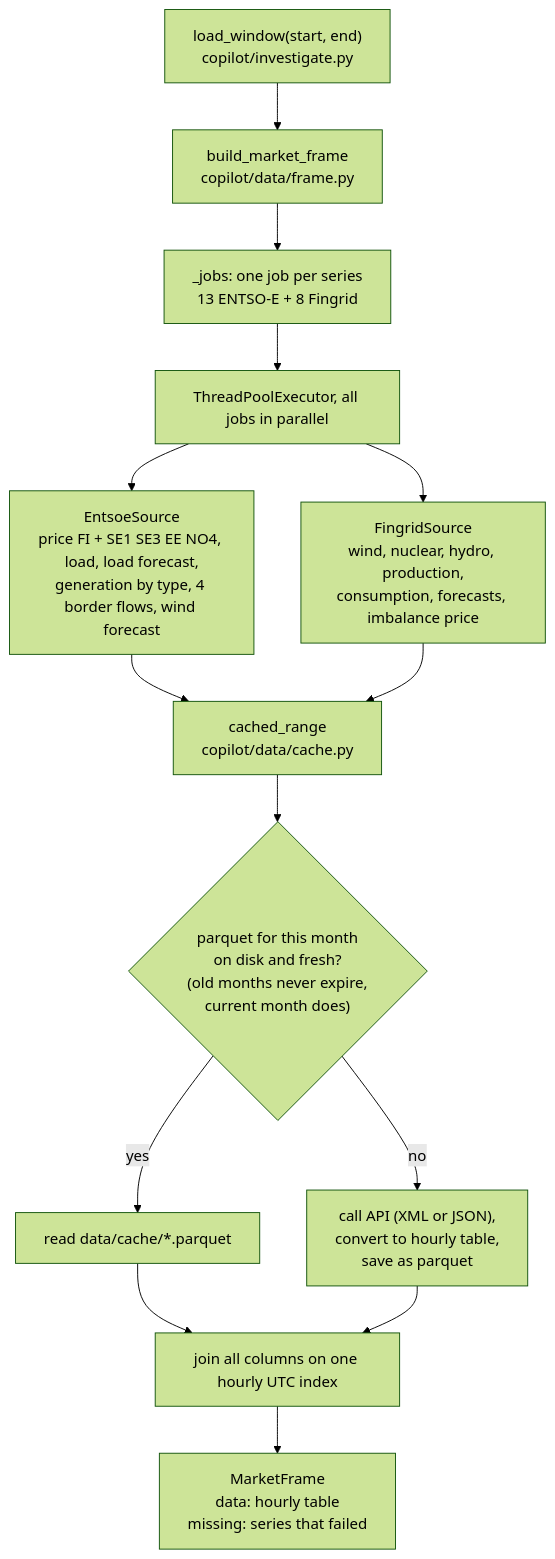
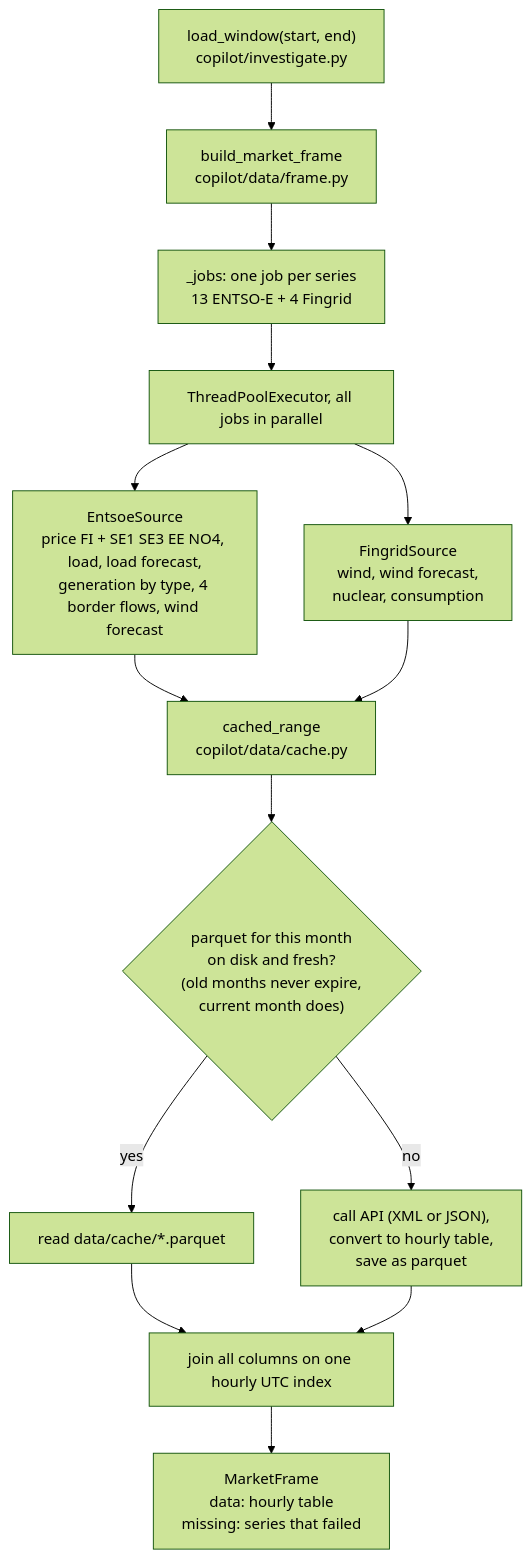
Before and after one commit to hpkhanhloc/energy-market-copilot: the second of 4 diagrams in docs/FLOW.md, drawn with Mermaid (forest theme). The commit also changed 1 other file, not shown here.

Commit message:
docs: Fingrid is 4 series, not 8
82e8871 trimmed SERIES to wind, wind forecast, nuclear and consumption; the
docs still described the original eight and claimed the imbalance price was
cached.

````diff
--- a/docs/FLOW.md
+++ b/docs/FLOW.md
@@ -29,16 +29,16 @@
 ```mermaid
 flowchart TD
     LW["load_window(start, end)<br/>copilot/investigate.py"] --> BF["build_market_frame<br/>copilot/data/frame.py"]
-    BF --> J["_jobs: one job per series<br/>13 ENTSO-E + 8 Fingrid"]
+    BF --> J["_jobs: one job per series<br/>13 ENTSO-E + 4 Fingrid"]
     J --> P[ThreadPoolExecutor, all jobs in parallel]
     P --> E["EntsoeSource<br/>price FI + SE1 SE3 EE NO4, load, load forecast,<br/>generation by type, 4 border flows, wind forecast"]
-    P --> F["FingridSource<br/>wind, nuclear, hydro, production,<br/>consumption, forecasts, imbalance price"]
+    P --> F["FingridSource<br/>wind, wind forecast,<br/>nuclear, consumption"]
     E --> CR["cached_range<br/>copilot/data/cache.py"]
     F --> CR
     CR --> M{"parquet for this month<br/>on disk and fresh?<br/>(old months never expire,<br/>current month does)"}
     M -->|yes| RD[read data/cache/*.parquet]
     M -->|no| API["call API (XML or JSON),<br/>convert to hourly table,<br/>save as parquet"]
     RD --> JN[join all columns on one hourly UTC index]
     API --> JN
     JN --> MF["MarketFrame<br/>data: hourly table<br/>missing: series that failed"]
 ```
````
